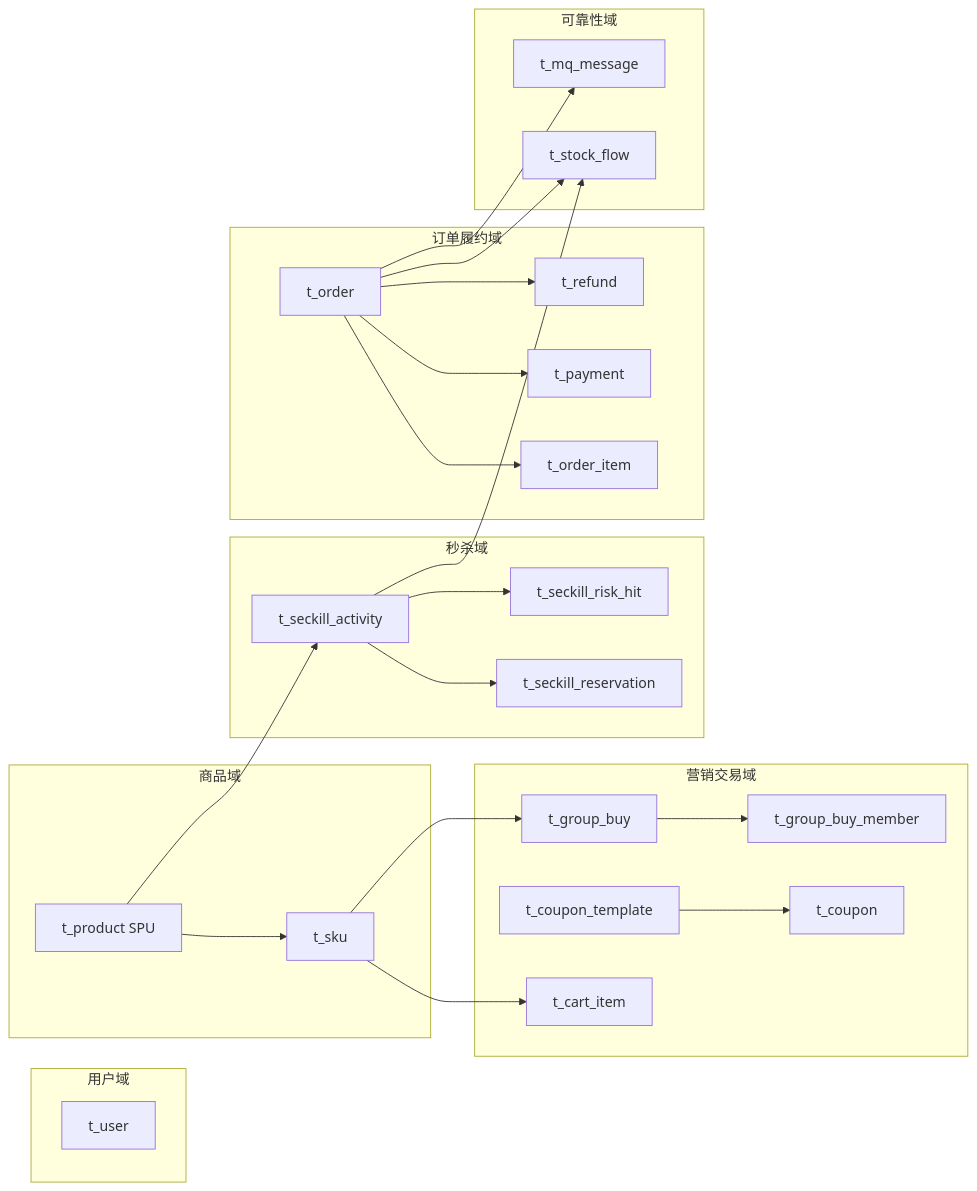
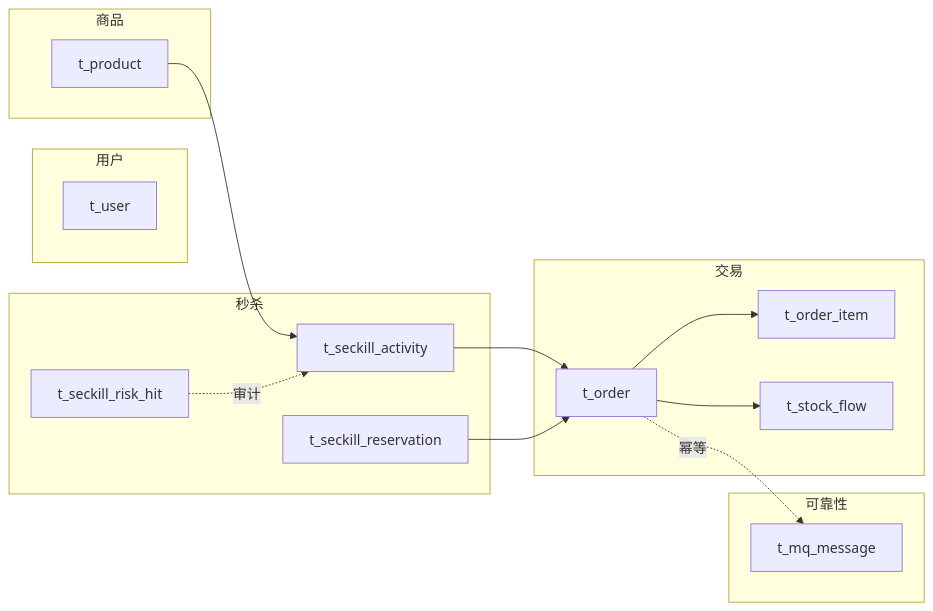
The diagram in docs/15-database-all-tables.md (adfddda/high-concurrency-mall), drawn with Mermaid before and after one commit. The commit also changed other lines of this file and 6 other files, not shown here.

First line of the commit message:
docs: remove trade-domain sections from architecture/flows/db/runbook/qa, rewrite 9-table doc

````diff
--- a/docs/15-database-all-tables.md
+++ b/docs/15-database-all-tables.md
@@ -14,47 +15,29 @@
 ```mermaid
 flowchart LR
-    subgraph 用户域
+    subgraph 用户
         U[t_user]
     end
-    subgraph 商品域
-        P[t_product SPU]
-        SKU[t_sku]
+    subgraph 商品
+        P[t_product]
     end
-    subgraph 秒杀域
+    subgraph 秒杀
         ACT[t_seckill_activity]
         RES[t_seckill_reservation]
         RISK[t_seckill_risk_hit]
     end
-    subgraph 营销交易域
-        CART[t_cart_item]
-        CTPL[t_coupon_template]
-        CPN[t_coupon]
-        GB[t_group_buy]
-        GBM[t_group_buy_member]
-    end
-    subgraph 订单履约域
+    subgraph 交易
         O[t_order]
         OI[t_order_item]
-        PAY[t_payment]
-        RF[t_refund]
-    end
-    subgraph 可靠性域
-        MQM[t_mq_message]
         SF[t_stock_flow]
     end
+    subgraph 可靠性
+        MQ[t_mq_message]
+    end
 
-    P --> SKU
-    P --> ACT
-    ACT --> RES
-    ACT --> RISK
-    ACT --> SF
-    SKU --> CART
-    SKU --> GB
-    CTPL --> CPN
-    GB --> GBM
+    P --> ACT --> O
+    RES --> O
+    RISK -.审计.-> ACT
     O --> OI
-    O --> PAY
-    O --> RF
     O --> SF
-    O --> MQM
+    O -.幂等.-> MQ
 ```
````
